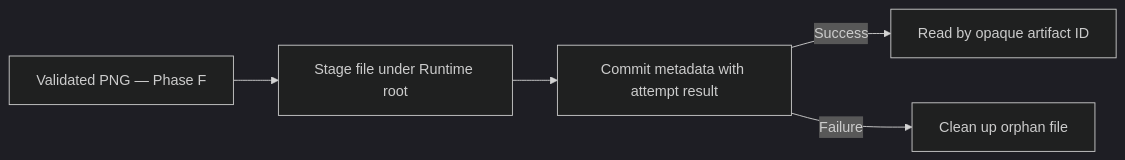
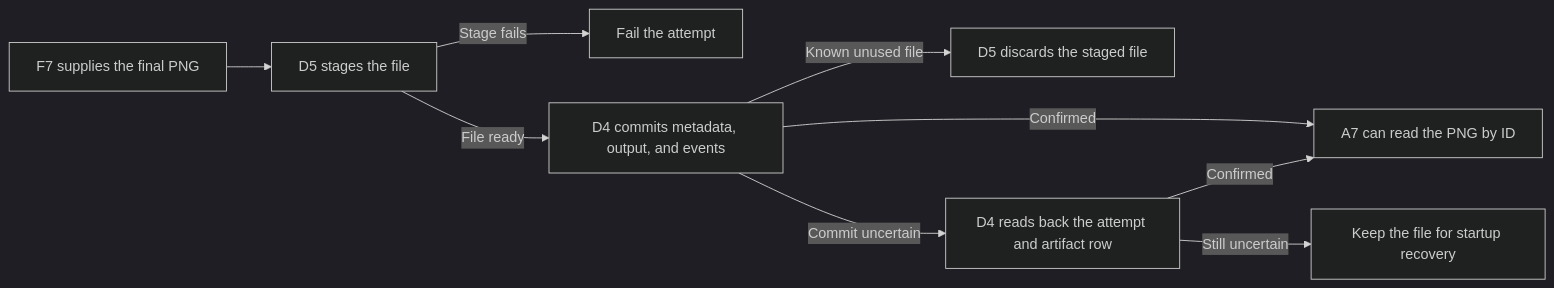
The diagram in components/a2matex-runtime/d_persistence/d5_artifact_store.md (A2MaTex/a2matex-docs), drawn with Mermaid (dark theme) before and after one commit. The commit also changed other lines of this file and 19 other files, not shown here.

````diff
--- a/components/a2matex-runtime/d_persistence/d5_artifact_store.md
+++ b/components/a2matex-runtime/d_persistence/d5_artifact_store.md
@@ -8,7 +10,11 @@
 ```mermaid
 flowchart LR
-  P[Validated PNG — Phase F] --> S[Stage file under Runtime root]
-  S --> M[Commit metadata with attempt result]
-  M -->|Success| R[Read by opaque artifact ID]
-  M -->|Failure| O[Clean up orphan file]
+    F[F7 supplies the final PNG] --> S[D5 stages the file]
+    S -->|Stage fails| E[Fail the attempt]
+    S -->|File ready| C[D4 commits metadata, output, and events]
+    C -->|Confirmed| R[A7 can read the PNG by ID]
+    C -->|Known unused file| X[D5 discards the staged file]
+    C -->|Commit uncertain| V[D4 reads back the attempt and artifact row]
+    V -->|Confirmed| R
+    V -->|Still uncertain| P[Keep the file for startup recovery]
 ```
````
